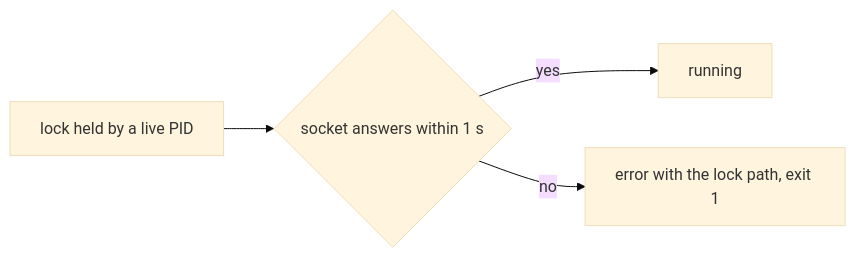
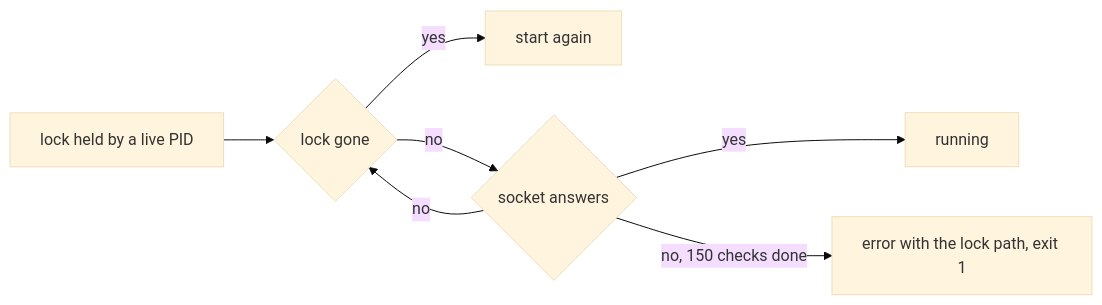
The second of 16 diagrams in plans/2026-11-07-mcp-claude-code-channel.md (simplex-chat/simplex-chat), drawn with Mermaid (base theme) before and after one commit. The commit also changed other lines of this file, not shown here.

Commit message:
plan: quote once, refused quotes, lock wait, cut prompts

````diff
--- a/plans/2026-11-07-mcp-claude-code-channel.md
+++ b/plans/2026-11-07-mcp-claude-code-channel.md
@@ -128,6 +136,9 @@
 ```mermaid
 flowchart LR
-  L[lock held by a live PID] --> A{socket answers within 1 s}
+  L[lock held by a live PID] --> G{lock gone}
+  G -- yes --> S[start again]
+  G -- no --> A{socket answers}
   A -- yes --> R[running]
-  A -- no --> E[error with the lock path, exit 1]
+  A -- no, 150 checks done --> E[error with the lock path, exit 1]
+  A -- no --> G
 ```
````
